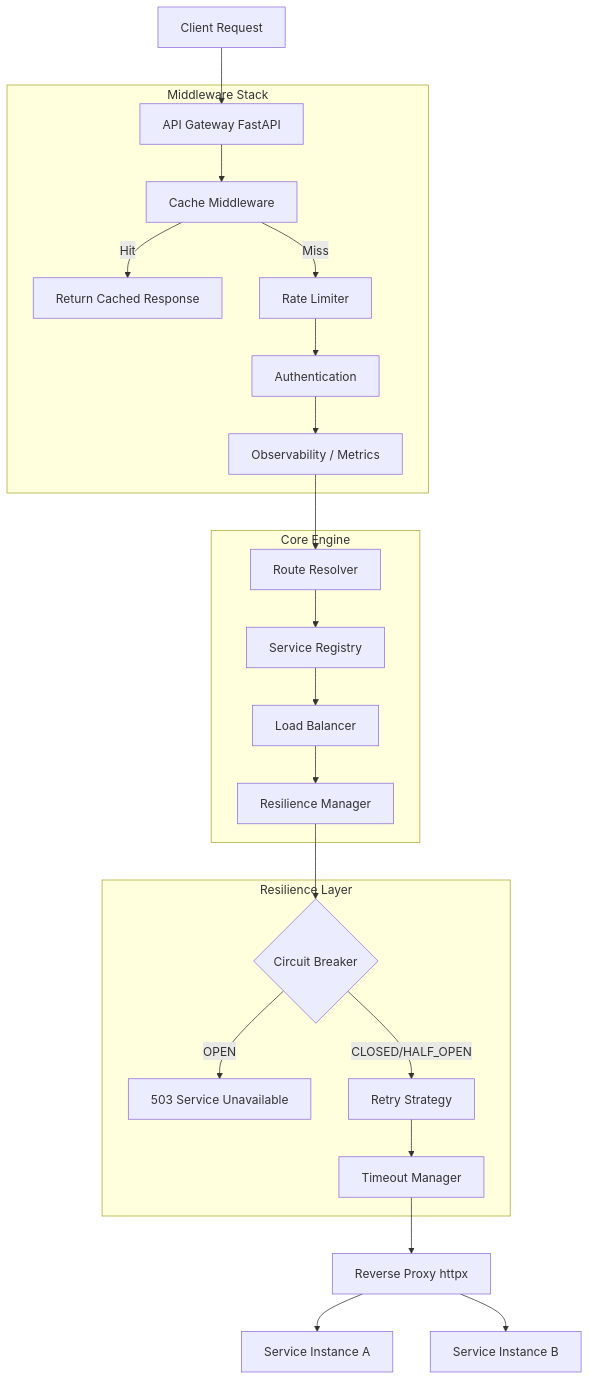
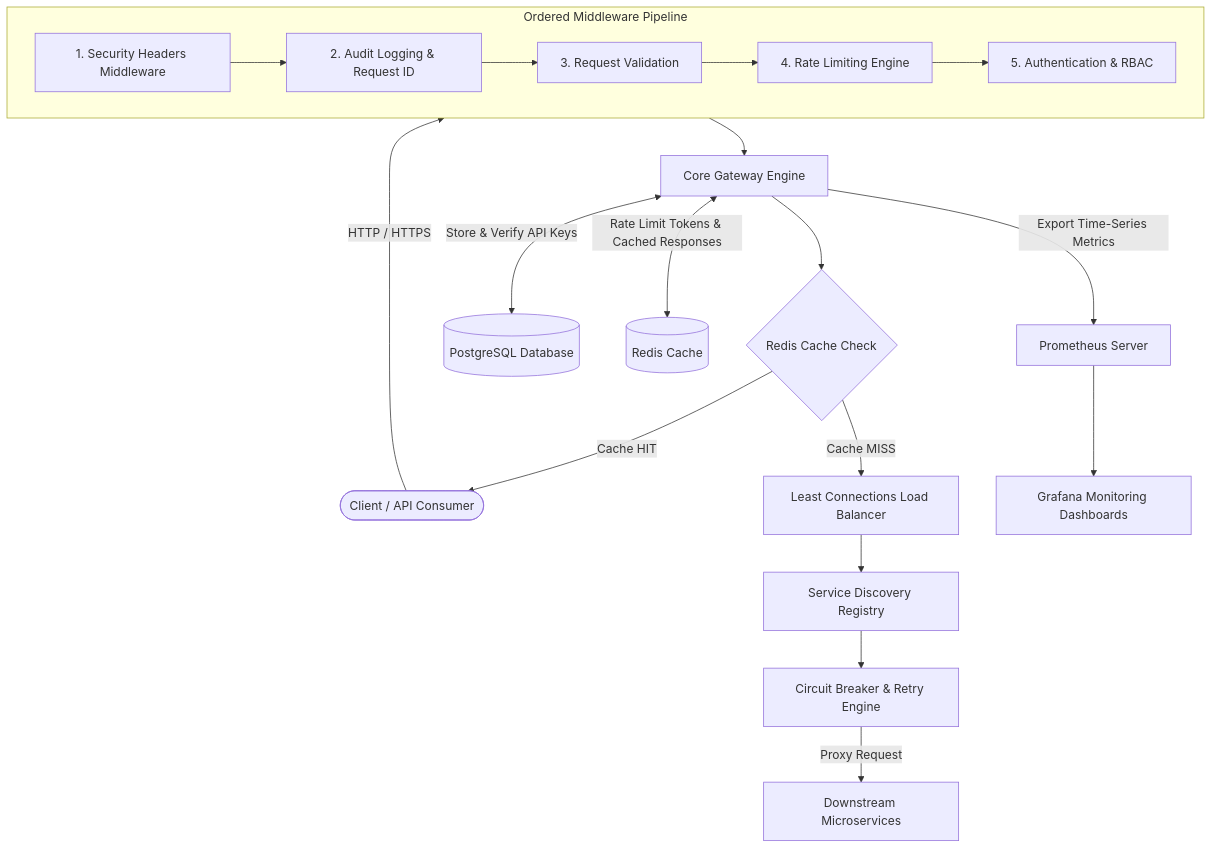
The diagram in README.md (Benedict-Johnson/Api-Gateway), drawn with Mermaid before and after one commit. The commit also changed other lines of this file and 31 other files, not shown here.

````diff
--- a/README.md
+++ b/README.md
@@ -99,31 +66,26 @@
 ```mermaid
-graph TD
-    Client[Client Request] --> Gateway[API Gateway FastAPI]
+flowchart TD
+    Client([Client / API Consumer]) -->|HTTP / HTTPS| MW[Middleware Layer]
     
-    subgraph Middleware Stack
-        Gateway --> Cache[Cache Middleware]
-        Cache -- Hit --> CacheHit[Return Cached Response]
-        Cache -- Miss --> RateLimit[Rate Limiter]
-        RateLimit --> Auth[Authentication]
-        Auth --> Observ[Observability / Metrics]
+    subgraph MW [Ordered Middleware Pipeline]
+        M1[1. Security Headers Middleware] --> M2[2. Audit Logging & Request ID]
+        M2 --> M3[3. Request Validation]
+        M3 --> M4[4. Rate Limiting Engine]
+        M4 --> M5[5. Authentication & RBAC]
     end
     
-    Observ --> Router[Route Resolver]
+    MW --> Gateway[Core Gateway Engine]
     
-    subgraph Core Engine
-        Router --> Discovery[Service Registry]
-        Discovery --> LB[Load Balancer]
-        LB --> Resilience[Resilience Manager]
-    end
+    Gateway --> Cache{Redis Cache Check}
+    Cache -->|Cache HIT| Client
+    Cache -->|Cache MISS| LB[Least Connections Load Balancer]
     
-    subgraph Resilience Layer
-        Resilience --> CB{Circuit Breaker}
-        CB -- OPEN --> FastFail[503 Service Unavailable]
-        CB -- CLOSED/HALF_OPEN --> Retry[Retry Strategy]
-        Retry --> Timeout[Timeout Manager]
-    end
+    LB --> Discovery[Service Discovery Registry]
+    Discovery --> CB[Circuit Breaker & Retry Engine]
+    CB -->|Proxy Request| Backend[Downstream Microservices]
     
-    Timeout --> Proxy[Reverse Proxy httpx]
-    Proxy --> Backend1[Service Instance A]
-    Proxy --> Backend2[Service Instance B]
+    Gateway <-->|Store & Verify API Keys| PG[(PostgreSQL Database)]
+    Gateway <-->|Rate Limit Tokens & Cached Responses| Redis[(Redis Cache)]
+    Gateway -->|Export Time-Series Metrics| Prom[Prometheus Server]
+    Prom --> Graf[Grafana Monitoring Dashboards]
 ```
````
